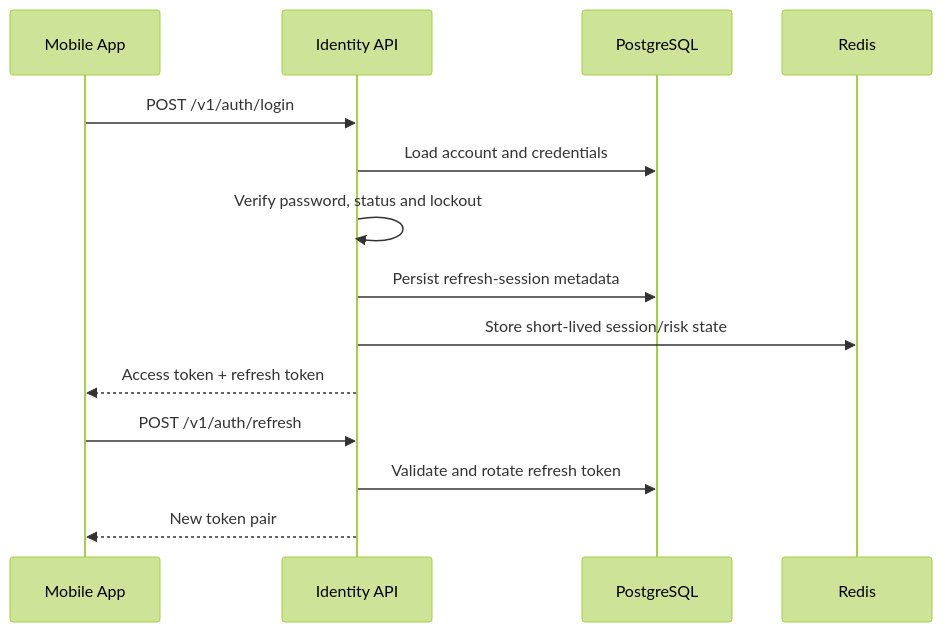
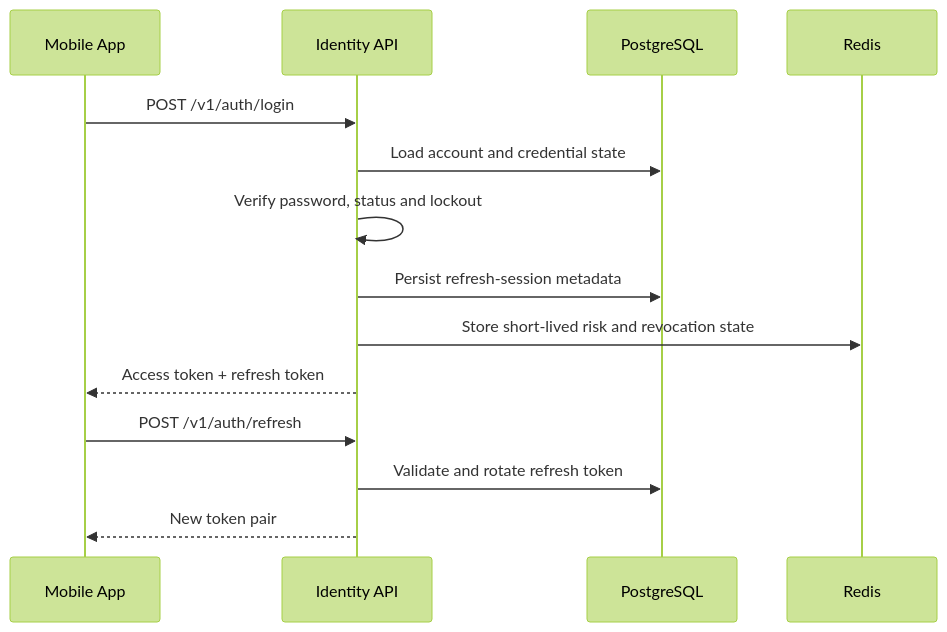
Before and after one commit to IoanMarian08/KidsAudioBookPlatform: the second of 14 diagrams in docs/03_Architecture/System_Flows.md, drawn with Mermaid (forest theme). The commit also changed other lines of this file, not shown here.

Commit message:
Document system flows

````diff
--- a/docs/03_Architecture/System_Flows.md
+++ b/docs/03_Architecture/System_Flows.md
@@ -51,17 +97,17 @@
 ```mermaid
 sequenceDiagram
     participant M as Mobile App
     participant A as Identity API
     participant DB as PostgreSQL
     participant R as Redis
 
     M->>A: POST /v1/auth/login
-    A->>DB: Load account and credentials
+    A->>DB: Load account and credential state
     A->>A: Verify password, status and lockout
     A->>DB: Persist refresh-session metadata
-    A->>R: Store short-lived session/risk state
+    A->>R: Store short-lived risk and revocation state
     A-->>M: Access token + refresh token
     M->>A: POST /v1/auth/refresh
     A->>DB: Validate and rotate refresh token
     A-->>M: New token pair
 ```
````
